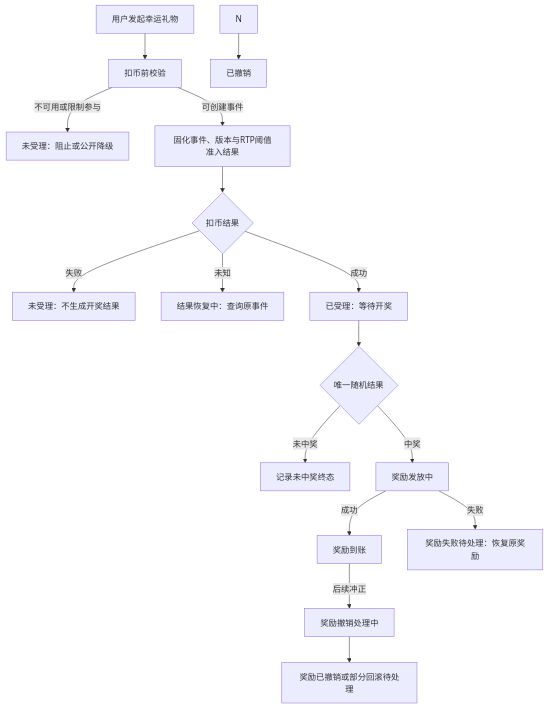
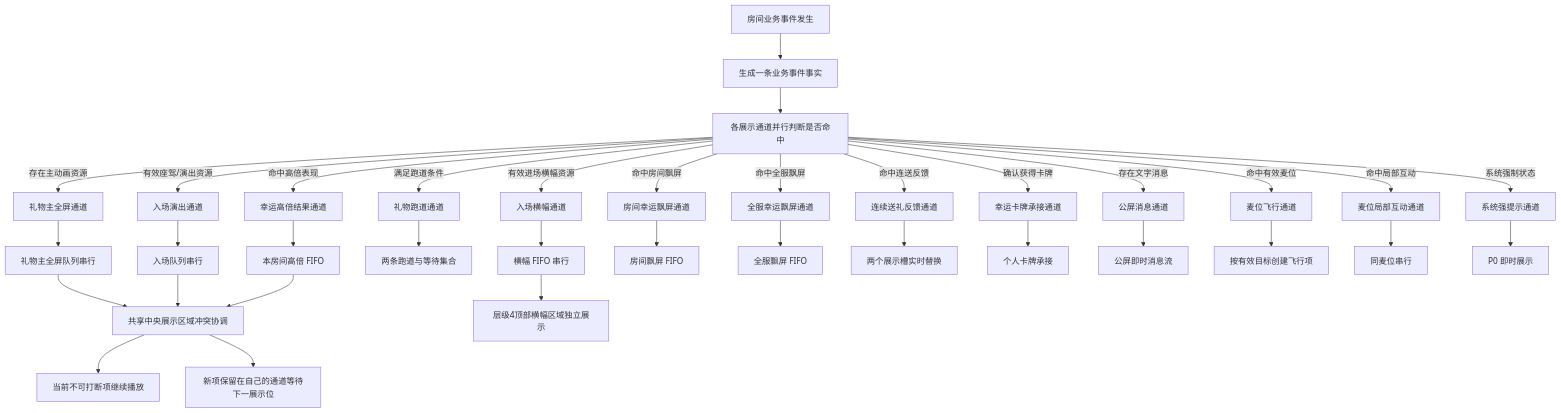
Before and after one commit to kocekid/LuckGift1.0: the first of 10 diagrams in 幸运礼物1.0_核心逻辑需求文档.md, drawn with Mermaid. The commit also changed other lines of this file and 4 other files, not shown here.

````diff
--- a/幸运礼物1.0_核心逻辑需求文档.md
+++ b/幸运礼物1.0_核心逻辑需求文档.md
@@ -97,18 +92,40 @@
 ```mermaid
 flowchart TD
-    A[用户发起幸运礼物] --> B[扣币前校验]
-    B -->|不可用或限制参与| C[未受理：阻止或公开降级]
-    B -->|可创建事件| D[固化事件、版本与RTP阈值准入结果]
-    D --> E{扣币结果}
-    E -->|失败| F[未受理：不生成开奖结果]
-    E -->|未知| G[结果恢复中：查询原事件]
-    E -->|成功| H[已受理：等待开奖]
-    H --> I{唯一随机结果}
-    I -->|未中奖| J[记录未中奖终态]
-    I -->|中奖| K[奖励发放中]
-    K -->|成功| L[奖励到账]
-    K -->|失败| M[奖励失败待处理：恢复原奖励]
-    L -->|后续冲正| O[奖励撤销处理中]
-    N --> P[已撤销]
-    O --> Q[奖励已撤销或部分回滚待处理]
+    A[房间业务事件发生] --> B[生成一条业务事件事实]
+    B --> C[各展示通道并行判断是否命中]
+
+    C -->|存在主动画资源| D1[礼物主全屏通道]
+    C -->|有效座驾/演出资源| D2[入场演出通道]
+    C -->|有效进场横幅资源| D14[入场横幅通道]
+    C -->|满足跑道条件| D3[礼物跑道通道]
+    C -->|命中高倍表现| D4[幸运高倍结果通道]
+    C -->|命中房间飘屏| D5[房间幸运飘屏通道]
+    C -->|命中全服飘屏| D6[全服幸运飘屏通道]
+    C -->|命中连送反馈| D7[连续送礼反馈通道]
+    C -->|确认获得卡牌| D8[幸运卡牌承接通道]
+    C -->|存在文字消息| D9[公屏消息通道]
+    C -->|命中有效麦位| D10[麦位飞行通道]
+    C -->|命中局部互动| D11[麦位局部互动通道]
+    C -->|系统强制状态| D13[系统强提示通道]
+
+    D1 --> E1[礼物主全屏队列串行]
+    D2 --> E2[入场队列串行]
+    D14 --> E14[横幅 FIFO 串行]
+    D3 --> E3[两条跑道与等待集合]
+    D4 --> E4[本房间高倍 FIFO]
+    D5 --> E5[房间飘屏 FIFO]
+    D6 --> E6[全服飘屏 FIFO]
+    D7 --> E7[两个展示槽实时替换]
+    D8 --> E8[个人卡牌承接]
+    D9 --> E9[公屏即时消息流]
+    D10 --> E10[按有效目标创建飞行项]
+    D11 --> E11[同麦位串行]
+    D13 --> E13[P0 即时展示]
+
+    E1 --> F[共享中央展示区域冲突协调]
+    E2 --> F
+    E4 --> F
+    F --> G[当前不可打断项继续播放]
+    F --> H[新项保留在自己的通道等待下一展示位]
+    E14 --> J14[层级4顶部横幅区域独立展示]
 ```
````
